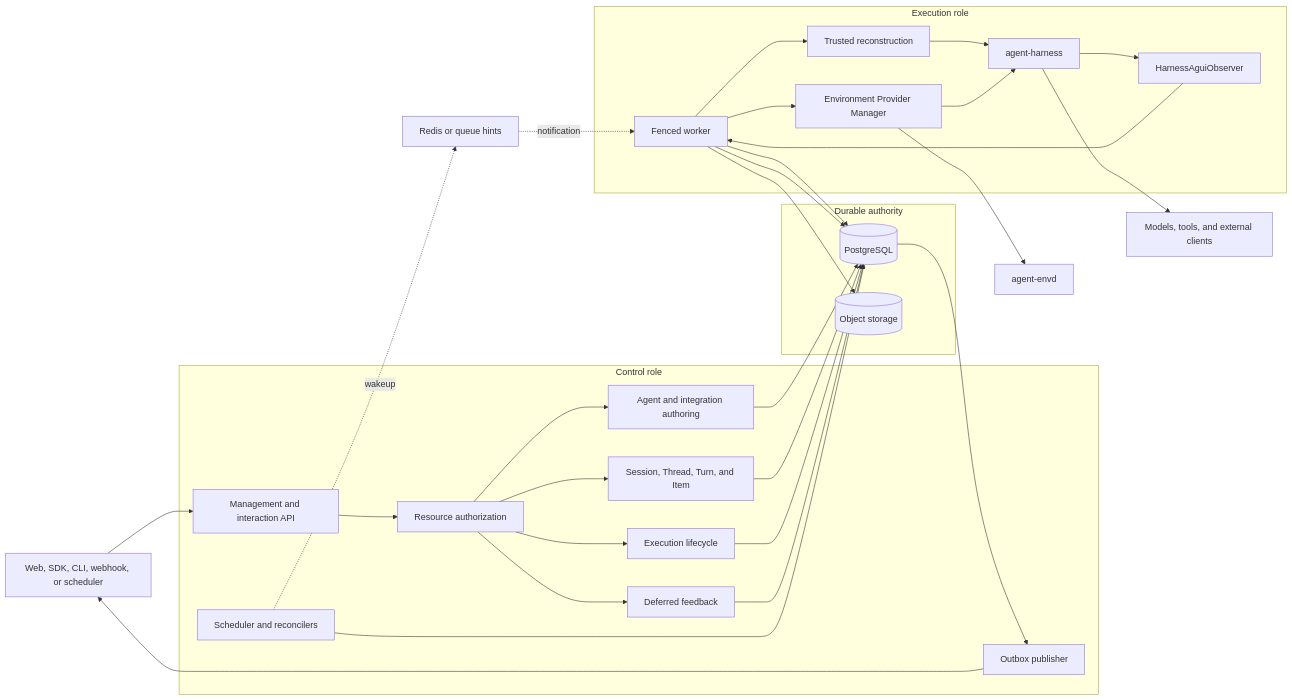
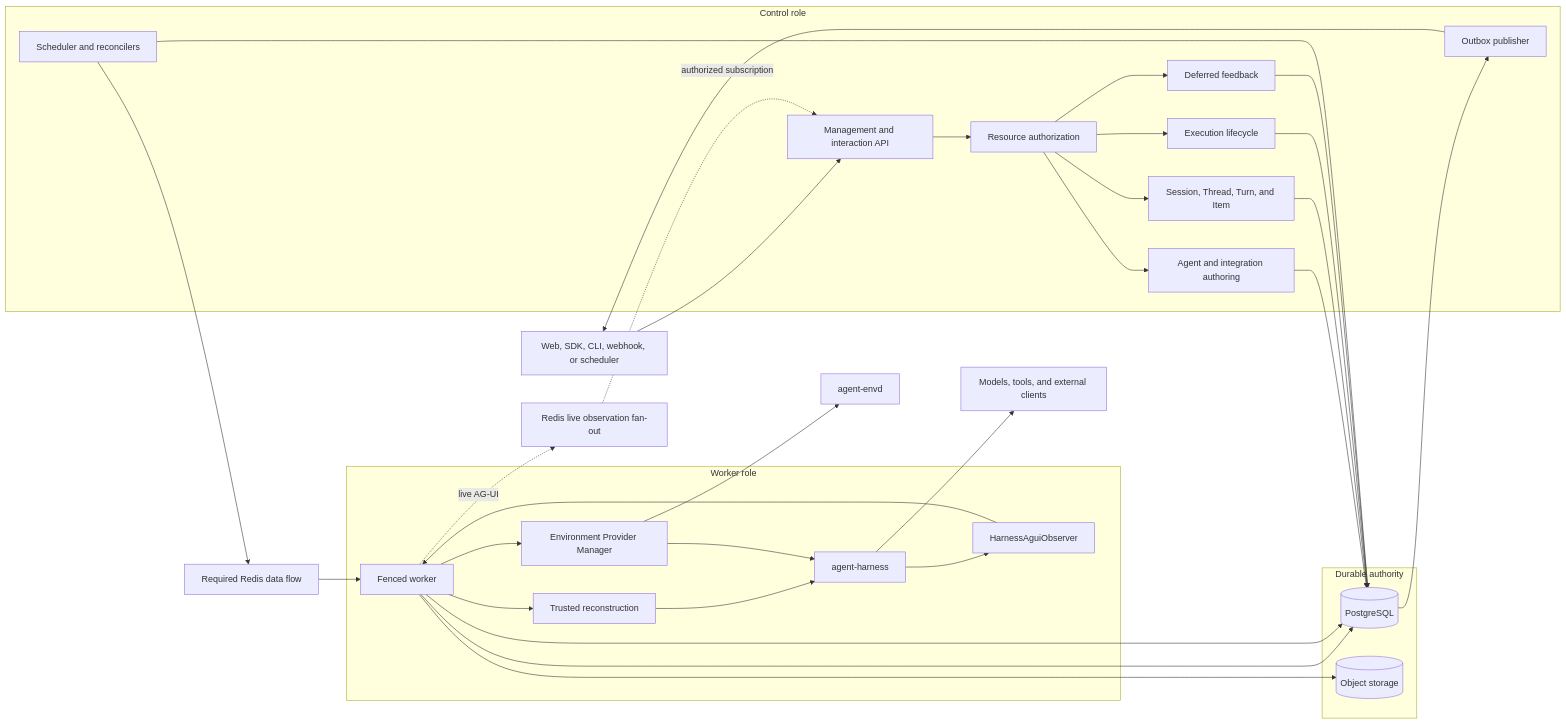
Before and after one commit to LTThreeComma/agent-foundation: the first of 3 diagrams in spec/foundation-service/00-overview.md, drawn with Mermaid. The commit also changed other lines of this file and 26 other files, not shown here.

````diff
--- a/spec/foundation-service/00-overview.md
+++ b/spec/foundation-service/00-overview.md
@@ -13,47 +13,49 @@
 ```mermaid
 flowchart LR
     Client[Web, SDK, CLI, webhook, or scheduler]
 
     subgraph Control[Control role]
         API[Management and interaction API]
         Auth[Resource authorization]
         Authoring[Agent and integration authoring]
         Interaction[Session, Thread, Turn, and Item]
         Lifecycle[Execution lifecycle]
         Scheduler[Scheduler and reconcilers]
         Feedback[Deferred feedback]
         Publisher[Outbox publisher]
     end
 
     subgraph Durable[Durable authority]
         Database[(PostgreSQL)]
         Objects[(Object storage)]
     end
 
-    Coordination[Redis or queue hints]
+    Coordination[Required Redis data flow]
+    LiveBus[Redis live observation fan-out]
 
-    subgraph WorkerRole[Execution role]
+    subgraph WorkerRole[Worker role]
         Worker[Fenced worker]
         Reconstruct[Trusted reconstruction]
         Provider[Environment Provider Manager]
         Observer[HarnessAguiObserver]
         Harness[agent-harness]
     end
 
     Envd[agent-envd]
     External[Models, tools, and external clients]
 
     Client --> API --> Auth
     Auth --> Authoring & Interaction & Lifecycle & Feedback
     Authoring & Interaction & Lifecycle & Feedback --> Database
     Scheduler --> Database
-    Scheduler -. wakeup .-> Coordination -. notification .-> Worker
+    Scheduler --> Coordination --> Worker
     Worker --> Database
     Worker --> Reconstruct --> Harness
     Worker --> Provider --> Harness
     Provider --> Envd
     Harness --> External
     Harness --> Observer --> Worker
+    Worker -. live AG-UI .-> LiveBus -. authorized subscription .-> API
     Worker --> Database & Objects
     Database --> Publisher --> Client
 ```
````
